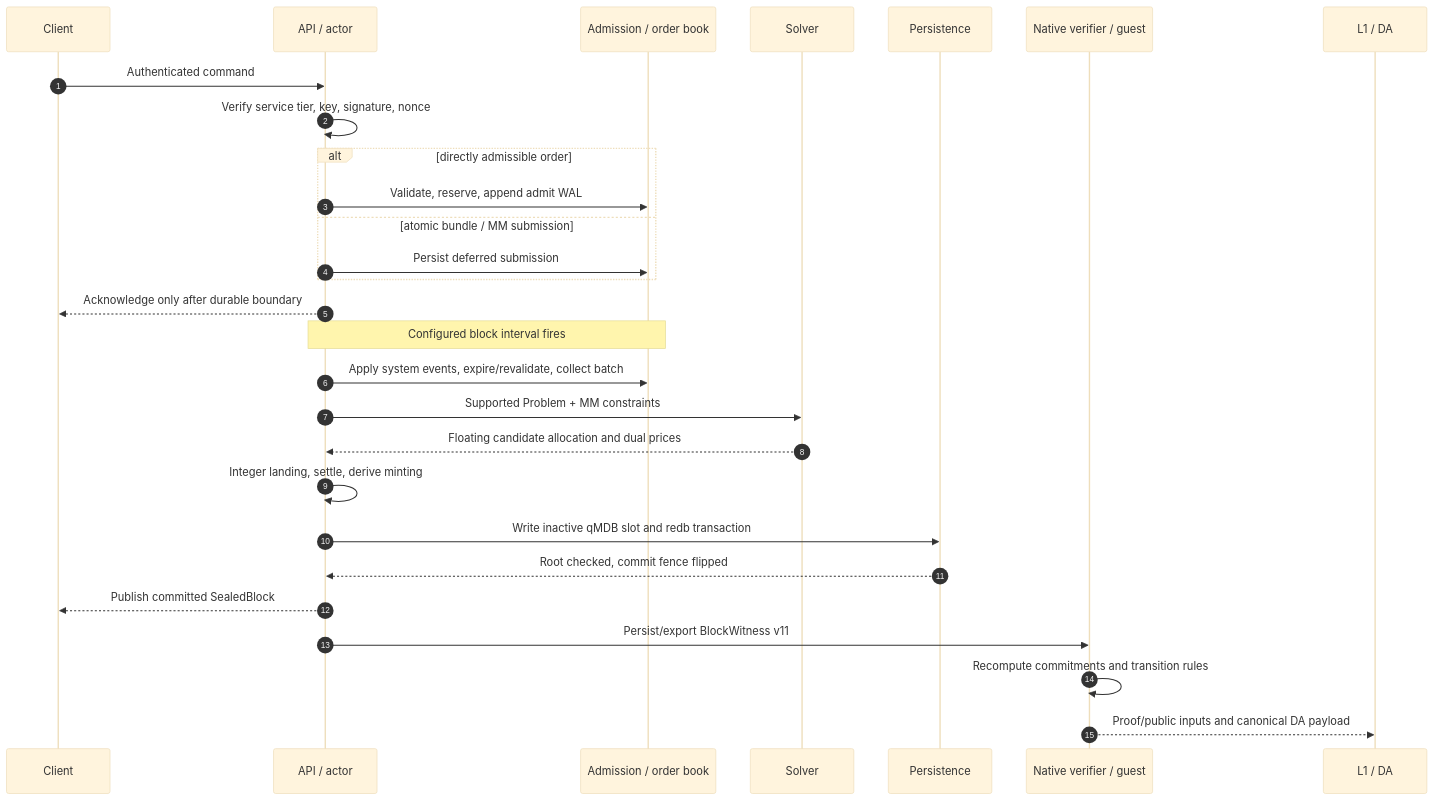
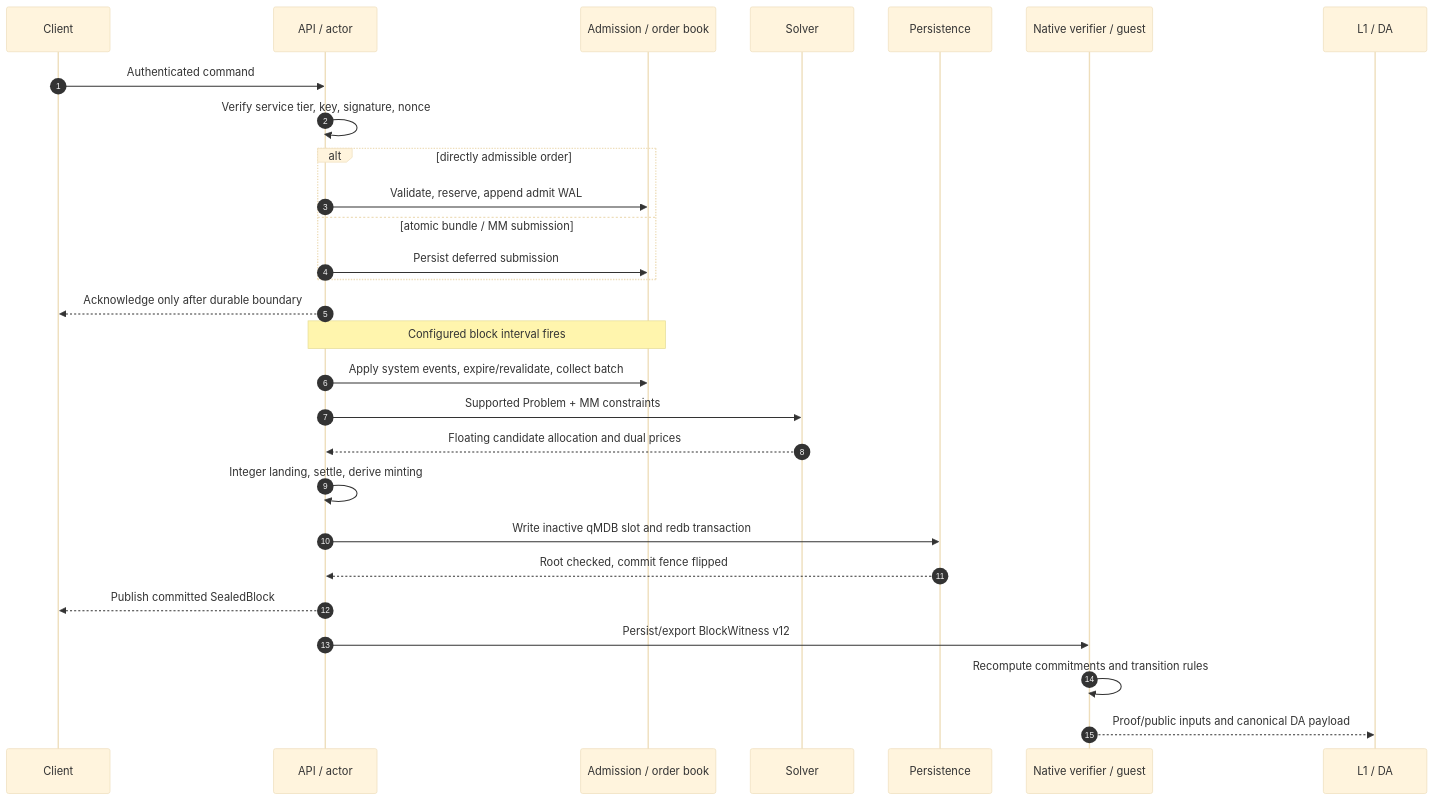
The second of 2 diagrams in docs/architecture/Sybil Architecture.md (MetaB0y/sybil), drawn with Mermaid (base theme) before and after one commit. The commit also changed other lines of this file and 55 other files, not shown here.

````diff
--- a/docs/architecture/Sybil Architecture.md
+++ b/docs/architecture/Sybil Architecture.md
@@ -84,32 +84,32 @@
 ```mermaid
 sequenceDiagram
     autonumber
     participant C as Client
     participant A as API / actor
     participant O as Admission / order book
     participant S as Solver
     participant P as Persistence
     participant V as Native verifier / guest
     participant L as L1 / DA
 
     C->>A: Authenticated command
     A->>A: Verify service tier, key, signature, nonce
     alt directly admissible order
         A->>O: Validate, reserve, append admit WAL
     else atomic bundle / MM submission
         A->>O: Persist deferred submission
     end
     A-->>C: Acknowledge only after durable boundary
 
     Note over A,O: Configured block interval fires
     A->>O: Apply system events, expire/revalidate, collect batch
     A->>S: Supported Problem + MM constraints
     S-->>A: Floating candidate allocation and dual prices
     A->>A: Integer landing, settle, derive minting
     A->>P: Write inactive qMDB slot and redb transaction
     P-->>A: Root checked, commit fence flipped
     A-->>C: Publish committed SealedBlock
-    A->>V: Persist/export BlockWitness v11
+    A->>V: Persist/export BlockWitness v12
     V->>V: Recompute commitments and transition rules
     V-->>L: Proof/public inputs and canonical DA payload
 ```
````
